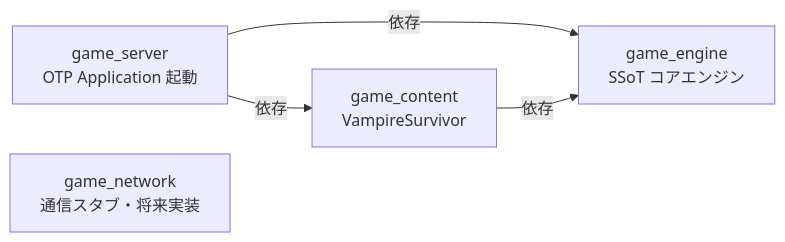
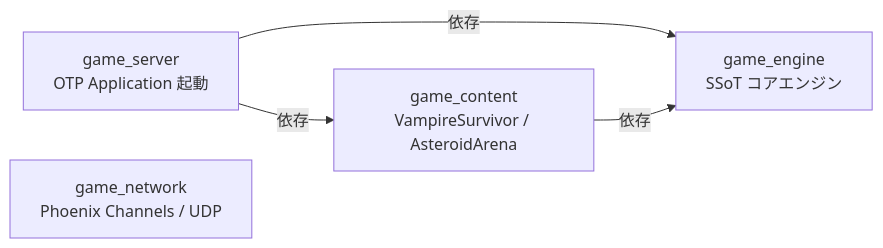
One commit to FRICK-ELDY/alchemy-engine changed the first of 5 diagrams in docs/elixir-layer.md. Above: the diagram before and after it, drawn with Mermaid. The commit also changed other lines of this file and 4 other files, not shown here.

````diff
--- a/docs/elixir-layer.md
+++ b/docs/elixir-layer.md
@@ -11,11 +11,11 @@
 ```mermaid
 graph LR
     GS[game_server<br/>OTP Application 起動]
     GE[game_engine<br/>SSoT コアエンジン]
-    GC[game_content<br/>VampireSurvivor]
-    GN[game_network<br/>通信スタブ・将来実装]
+    GC[game_content<br/>VampireSurvivor / AsteroidArena]
+    GN[game_network<br/>Phoenix Channels / UDP]
 
     GS -->|依存| GE
     GS -->|依存| GC
     GC -->|依存| GE
 ```
````
